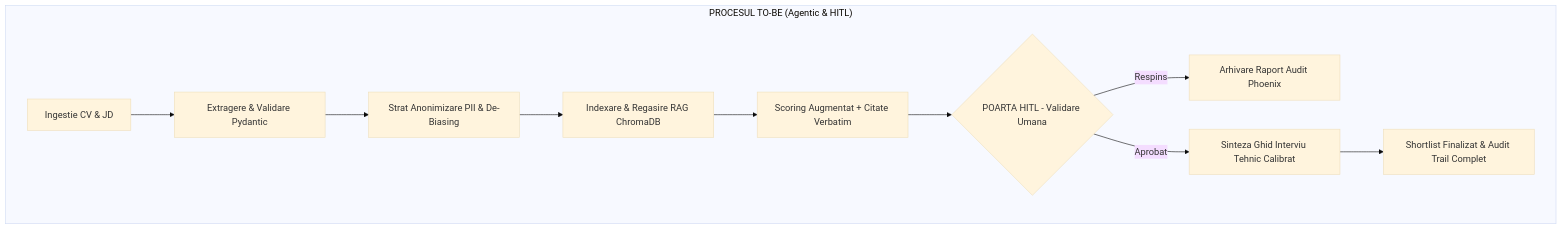
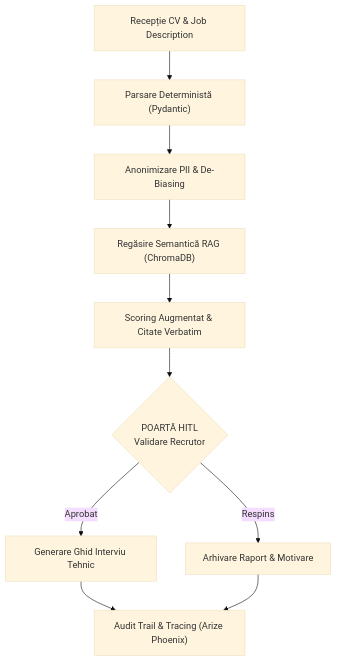
Before and after one commit to MorariuMark/agentic-recruitment-screening: the first of 4 diagrams in README.md, drawn with Mermaid (base theme). The commit also changed other lines of this file, not shown here.

Commit message:
docs: restructure Mermaid sequence and architecture diagrams for clean rendering and high readability

````diff
--- a/README.md
+++ b/README.md
@@ -75,13 +75,14 @@
 ```mermaid
-graph TD
-    subgraph "PROCESUL TO-BE (Agentic & HITL)"
-        A[Ingestie CV & JD] --> B[Extragere & Validare Pydantic]
-        B --> C[Strat Anonimizare PII & De-Biasing]
-        C --> D[Indexare & Regasire RAG ChromaDB]
-        D --> E[Scoring Augmentat + Citate Verbatim]
-        E --> F{POARTA HITL - Validare Umana}
-        F -- Respins --> G[Arhivare Raport Audit Phoenix]
-        F -- Aprobat --> H[Sinteza Ghid Interviu Tehnic Calibrat]
-        H --> I[Shortlist Finalizat & Audit Trail Complet]
-    end
+flowchart TD
+    A["Recepție CV & Job Description"] --> B["Parsare Deterministă (Pydantic)"]
+    B --> C["Anonimizare PII & De-Biasing"]
+    C --> D["Regăsire Semantică RAG (ChromaDB)"]
+    D --> E["Scoring Augmentat & Citate Verbatim"]
+    E --> F{"POARTĂ HITL<br/>Validare Recrutor"}
+    
+    F -->|"Aprobat"| G["Generare Ghid Interviu Tehnic"]
+    F -->|"Respins"| H["Arhivare Raport & Motivare"]
+    
+    G --> I["Audit Trail & Tracing (Arize Phoenix)"]
+    H --> I
 ```
````
